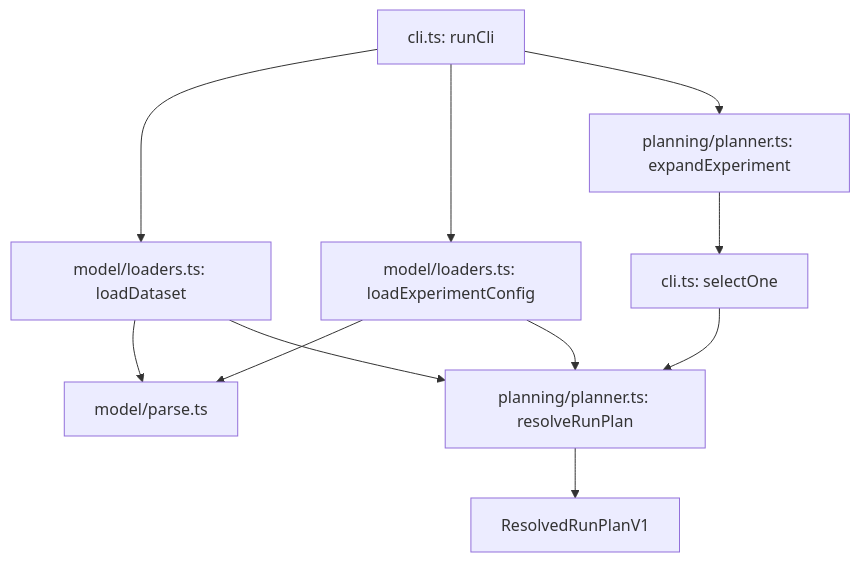
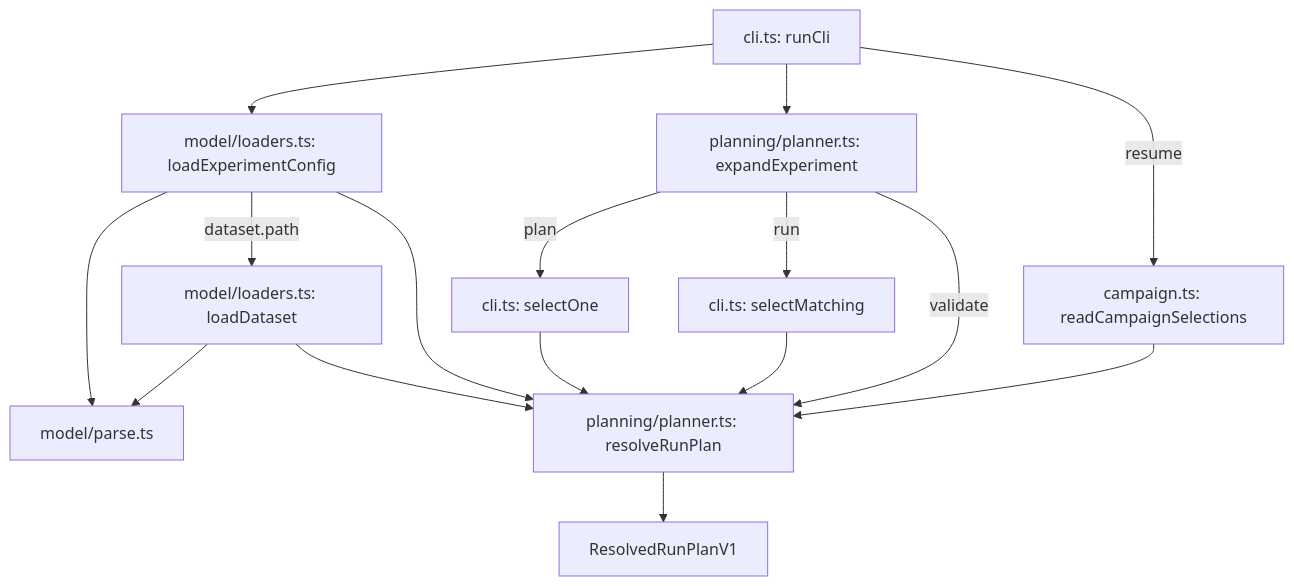
Before and after one commit to stripe/forge: the second of 3 diagrams in docs/codebase-guide.md, drawn with Mermaid. The commit also changed 4 other files, not shown here.

````diff
--- a/docs/codebase-guide.md
+++ b/docs/codebase-guide.md
@@ -145,18 +145,24 @@
 ```mermaid
 flowchart TD
     CLI[cli.ts: runCli]
     LD[model/loaders.ts: loadDataset]
     LE[model/loaders.ts: loadExperimentConfig]
     PM[model/parse.ts]
     EX[planning/planner.ts: expandExperiment]
-    SEL[cli.ts: selectOne]
+    ONE[cli.ts: selectOne]
+    MANY[cli.ts: selectMatching]
+    SAVED[campaign.ts: readCampaignSelections]
     RP[planning/planner.ts: resolveRunPlan]
     PLAN[ResolvedRunPlanV1]
 
-    CLI --> LD --> PM
     CLI --> LE --> PM
-    CLI --> EX --> SEL --> RP
+    LE -->|dataset.path| LD --> PM
+    CLI --> EX
+    EX -->|plan| ONE --> RP
+    EX -->|run| MANY --> RP
+    EX -->|validate| RP
+    CLI -->|resume| SAVED --> RP
     LD --> RP
     LE --> RP
     RP --> PLAN
 ```
````
